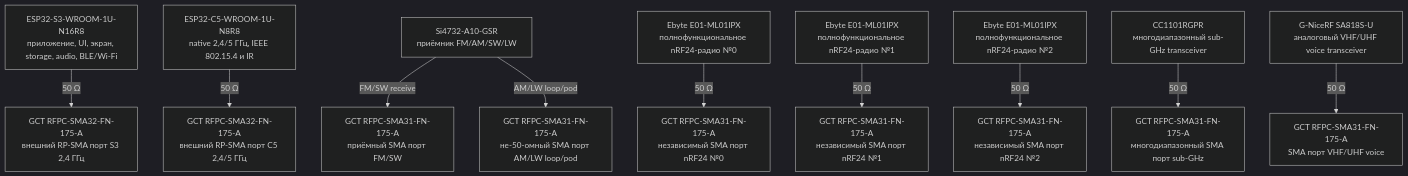
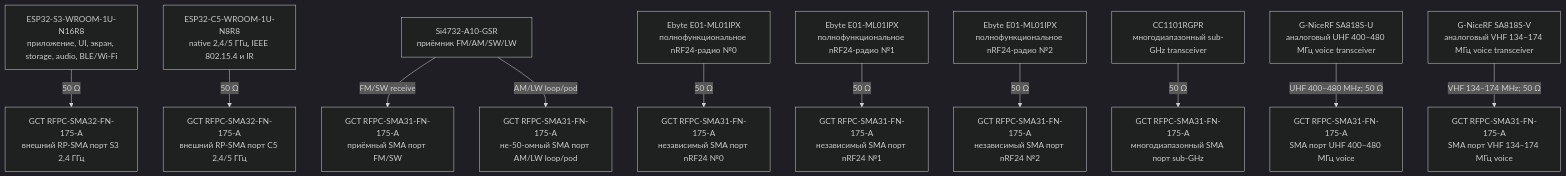
Before and after one commit to anton-vinogradov/esp32-leshy2: the eighth of 10 diagrams in docs/schematics.ru.md, drawn with Mermaid (dark theme). The commit also changed other lines of this file and 26 other files, not shown here.

Commit message:
Review H5 source research and dual voice diagrams

````diff
--- a/docs/schematics.ru.md
+++ b/docs/schematics.ru.md
@@ -278,29 +278,32 @@
 ```mermaid
 flowchart TD
 S3["ESP32-S3-WROOM-1U-N16R8<br/>приложение, UI, экран, storage, audio, BLE/Wi-Fi"]
 S3_EXTERNAL_RP_SMA["GCT RFPC-SMA32-FN-175-A<br/>внешний RP-SMA порт S3 2,4 ГГц"]
 C5["ESP32-C5-WROOM-1U-N8R8<br/>native 2,4/5 ГГц, IEEE 802.15.4 и IR"]
 C5_EXTERNAL_RP_SMA["GCT RFPC-SMA32-FN-175-A<br/>внешний RP-SMA порт C5 2,4/5 ГГц"]
 RECEIVER["Si4732-A10-GSR<br/>приёмник FM/AM/SW/LW"]
 RECEIVER_FMSW_EXTERNAL_SMA["GCT RFPC-SMA31-FN-175-A<br/>приёмный SMA порт FM/SW"]
 RECEIVER_AMLW_EXTERNAL_SMA["GCT RFPC-SMA31-FN-175-A<br/>не-50-омный SMA порт AM/LW loop/pod"]
 NRF0["Ebyte E01-ML01IPX<br/>полнофункциональное nRF24-радио №0"]
 NRF0_EXTERNAL_SMA["GCT RFPC-SMA31-FN-175-A<br/>независимый SMA порт nRF24 №0"]
 NRF1["Ebyte E01-ML01IPX<br/>полнофункциональное nRF24-радио №1"]
 NRF1_EXTERNAL_SMA["GCT RFPC-SMA31-FN-175-A<br/>независимый SMA порт nRF24 №1"]
 NRF2["Ebyte E01-ML01IPX<br/>полнофункциональное nRF24-радио №2"]
 NRF2_EXTERNAL_SMA["GCT RFPC-SMA31-FN-175-A<br/>независимый SMA порт nRF24 №2"]
 CC["CC1101RGPR<br/>многодиапазонный sub-GHz transceiver"]
 CC_EXTERNAL_SMA["GCT RFPC-SMA31-FN-175-A<br/>многодиапазонный SMA порт sub-GHz"]
-VOICE["G-NiceRF SA818S-U<br/>аналоговый VHF/UHF voice transceiver"]
-VOICE_EXTERNAL_SMA["GCT RFPC-SMA31-FN-175-A<br/>SMA порт VHF/UHF voice"]
+VOICE["G-NiceRF SA818S-U<br/>аналоговый UHF 400–480 МГц voice transceiver"]
+VOICE_EXTERNAL_SMA["GCT RFPC-SMA31-FN-175-A<br/>SMA порт UHF 400–480 МГц voice"]
+VOICE_V["G-NiceRF SA818S-V<br/>аналоговый VHF 134–174 МГц voice transceiver"]
+VOICE_V_EXTERNAL_SMA["GCT RFPC-SMA31-FN-175-A<br/>SMA порт VHF 134–174 МГц voice"]
   S3 -->|"50 Ω"| S3_EXTERNAL_RP_SMA
   C5 -->|"50 Ω"| C5_EXTERNAL_RP_SMA
   RECEIVER -->|"FM/SW receive"| RECEIVER_FMSW_EXTERNAL_SMA
   RECEIVER -->|"AM/LW loop/pod"| RECEIVER_AMLW_EXTERNAL_SMA
   NRF0 -->|"50 Ω"| NRF0_EXTERNAL_SMA
   NRF1 -->|"50 Ω"| NRF1_EXTERNAL_SMA
   NRF2 -->|"50 Ω"| NRF2_EXTERNAL_SMA
   CC -->|"50 Ω"| CC_EXTERNAL_SMA
-  VOICE -->|"50 Ω"| VOICE_EXTERNAL_SMA
+  VOICE -->|"UHF 400–480 MHz; 50 Ω"| VOICE_EXTERNAL_SMA
+  VOICE_V -->|"VHF 134–174 MHz; 50 Ω"| VOICE_V_EXTERNAL_SMA
 ```
````
